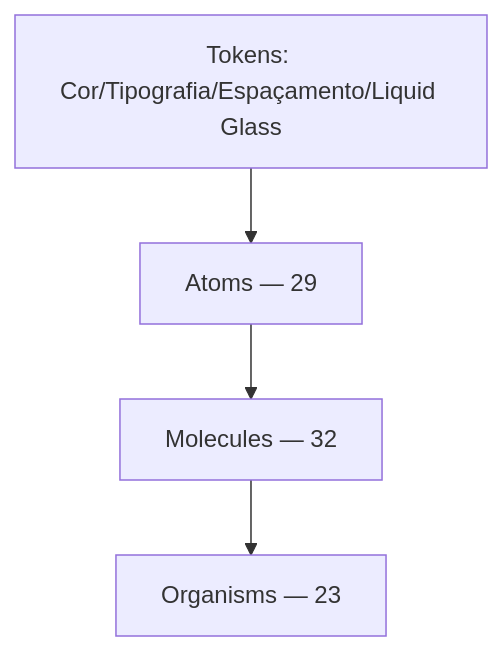
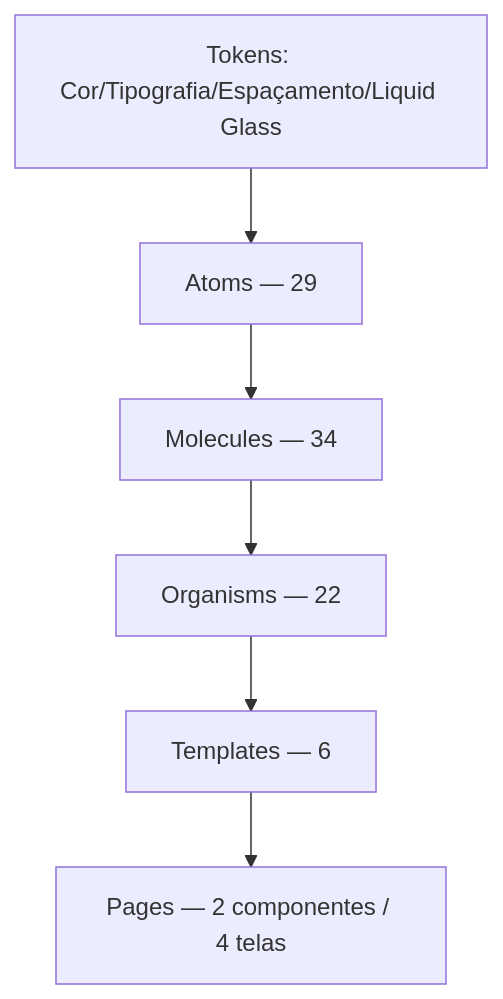
The diagram in docs/vault/Design System/Camadas Atômicas.md (nandoantonio-git/kandrive-design-system), drawn with Mermaid before and after one commit. The commit also changed other lines of this file and 250 other files, not shown here.

First line of the commit message:
feat: camada templates/pages + fixes de glass, hover e ícone do CleanSpaceStorage

````diff
--- a/docs/vault/Design System/Camadas Atômicas.md
+++ b/docs/vault/Design System/Camadas Atômicas.md
@@ -9,6 +9,8 @@
 ```mermaid
 graph TD
     Tokens[Tokens: Cor/Tipografia/Espaçamento/Liquid Glass] --> Atoms
-    Atoms[Atoms — 29] --> Molecules[Molecules — 32]
-    Molecules --> Organisms[Organisms — 23]
+    Atoms[Atoms — 29] --> Molecules[Molecules — 34]
+    Molecules --> Organisms[Organisms — 22]
+    Organisms --> Templates[Templates — 6]
+    Templates --> Pages[Pages — 2 componentes / 4 telas]
 ```
````
